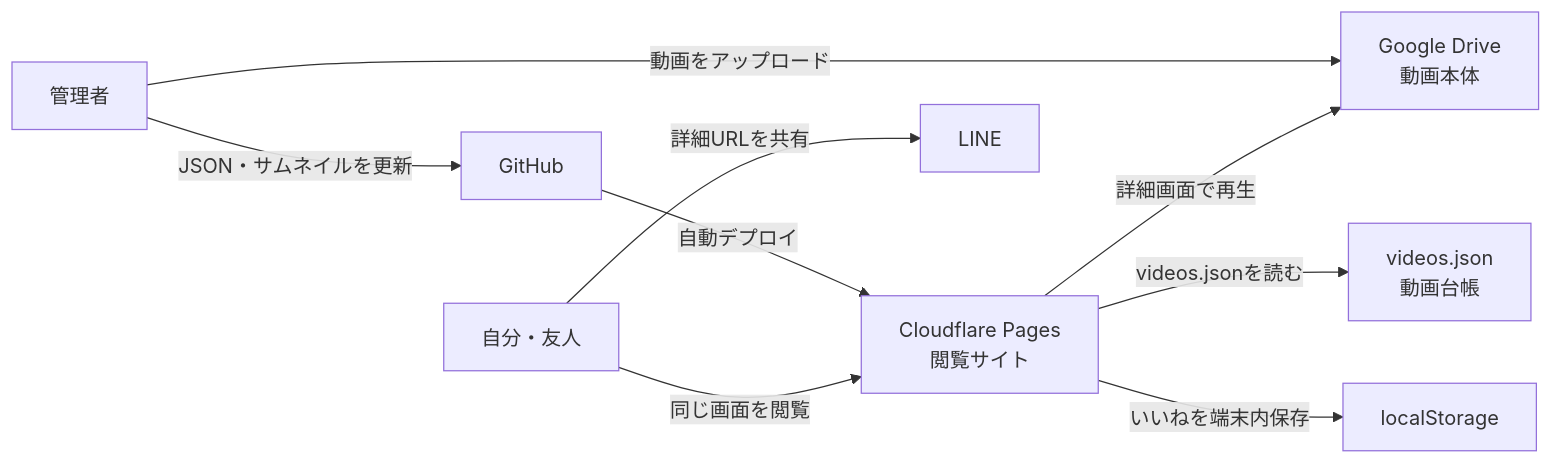
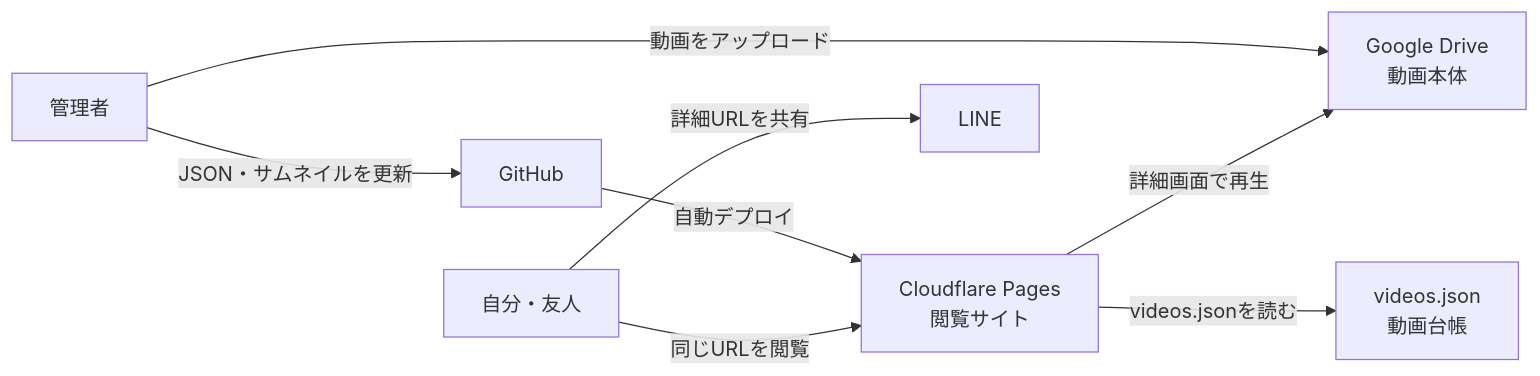
One commit to Saoki11111/video-shelf changed the first of 2 diagrams in docs/design.md. Above: the diagram before and after it, drawn with Mermaid. The commit also changed other lines of this file and 5 other files, not shown here.

````diff
--- a/docs/design.md
+++ b/docs/design.md
@@ -22,11 +10,10 @@
 ```mermaid
 flowchart LR
     Owner[管理者] -->|動画をアップロード| Drive[Google Drive<br>動画本体]
     Owner -->|JSON・サムネイルを更新| GitHub[GitHub]
     GitHub -->|自動デプロイ| Pages[Cloudflare Pages<br>閲覧サイト]
-    Viewer[自分・友人] -->|同じ画面を閲覧| Pages
+    Viewer[自分・友人] -->|同じURLを閲覧| Pages
     Pages -->|videos.jsonを読む| Catalog[videos.json<br>動画台帳]
     Pages -->|詳細画面で再生| Drive
     Viewer -->|詳細URLを共有| LINE[LINE]
-    Pages -->|いいねを端末内保存| LocalStorage[localStorage]
 ```
````
